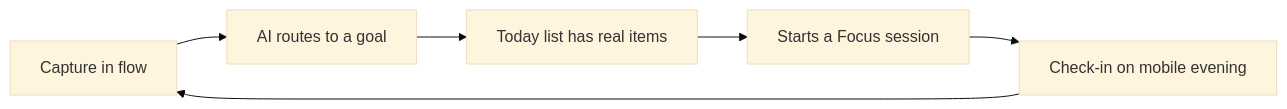
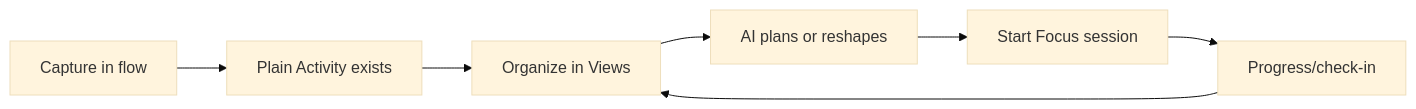
One commit to mtkinji/lomo changed the first of 2 diagrams in docs/prds/desktop-app-prd.md. Above: the diagram before and after it, drawn with Mermaid (base theme). The commit also changed other lines of this file and 16 other files, not shown here.

````diff
--- a/docs/prds/desktop-app-prd.md
+++ b/docs/prds/desktop-app-prd.md
@@ -37,8 +38,9 @@
 ```mermaid
 flowchart LR
-  Capture[Capture in flow] --> Routed[AI routes to a goal]
-  Routed --> PlannedDay[Today list has real items]
-  PlannedDay --> Focus[Starts a Focus session]
-  Focus --> Progress[Check-in on mobile evening]
-  Progress --> Capture
+  Capture[Capture in flow] --> Activity[Plain Activity exists]
+  Activity --> Workspace[Organize in Views]
+  Workspace --> AI[AI plans or reshapes]
+  AI --> Focus[Start Focus session]
+  Focus --> Progress[Progress/check-in]
+  Progress --> Workspace
 ```
````
